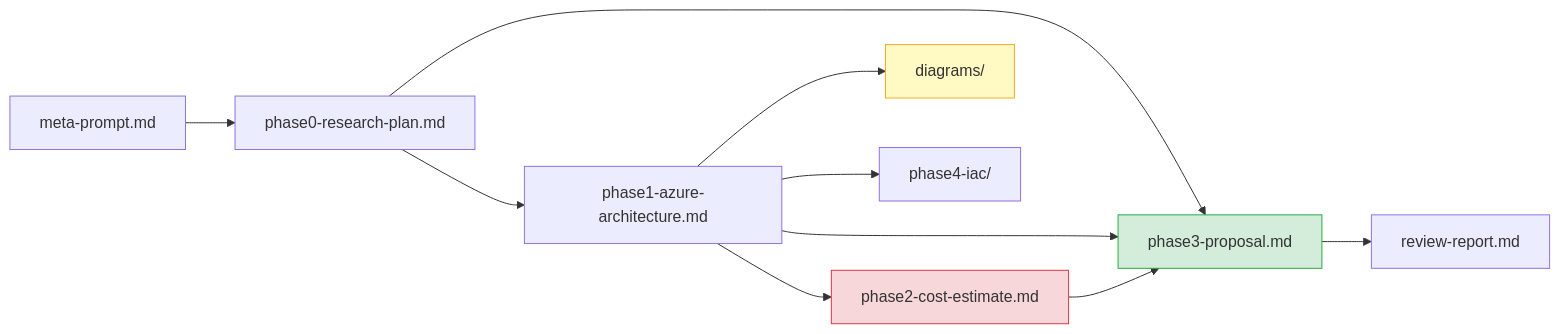
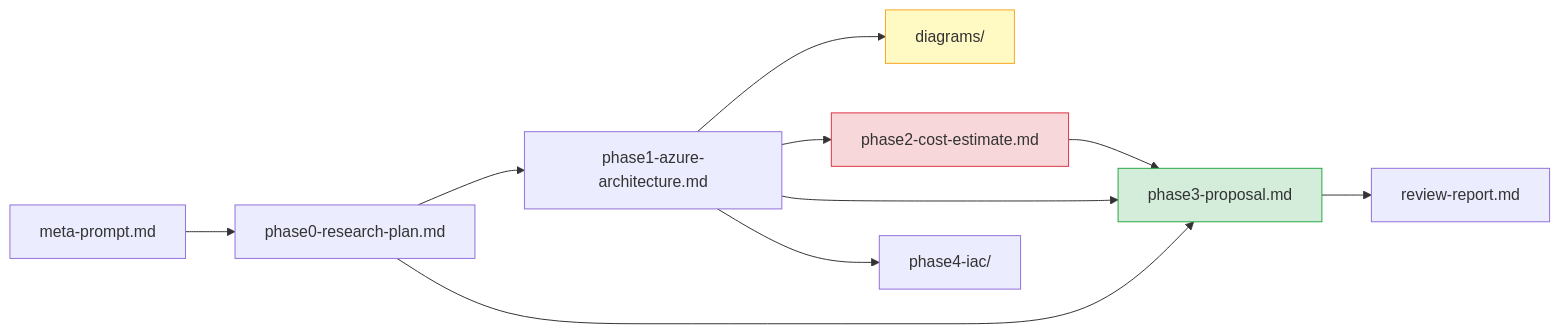
Before and after one commit to nahisaho/spread1000-builder: the second of 2 diagrams in docs/pipeline-guide.md, drawn with Mermaid. The commit also changed other lines of this file and 1 other file, not shown here.

First line of the commit message:
feat: move diagram-generator to Phase 1b (after azure-architect)

````diff
--- a/docs/pipeline-guide.md
+++ b/docs/pipeline-guide.md
@@ -1075,16 +1075,16 @@
 ```mermaid
 graph LR
     MP[meta-prompt.md] --> RP[phase0-research-plan.md]
     RP --> AA[phase1-azure-architecture.md]
+    AA --> DG[diagrams/]
     AA --> CE[phase2-cost-estimate.md]
     RP --> PW[phase3-proposal.md]
     AA --> PW
     CE --> PW
     PW --> RR[review-report.md]
-    AA --> DG[diagrams/]
     AA --> IAC[phase4-iac/]
     
     style CE fill:#f8d7da,stroke:#dc3545
     style PW fill:#d4edda,stroke:#28a745
     style DG fill:#fff9c4,stroke:#f9a825
 ```
````
